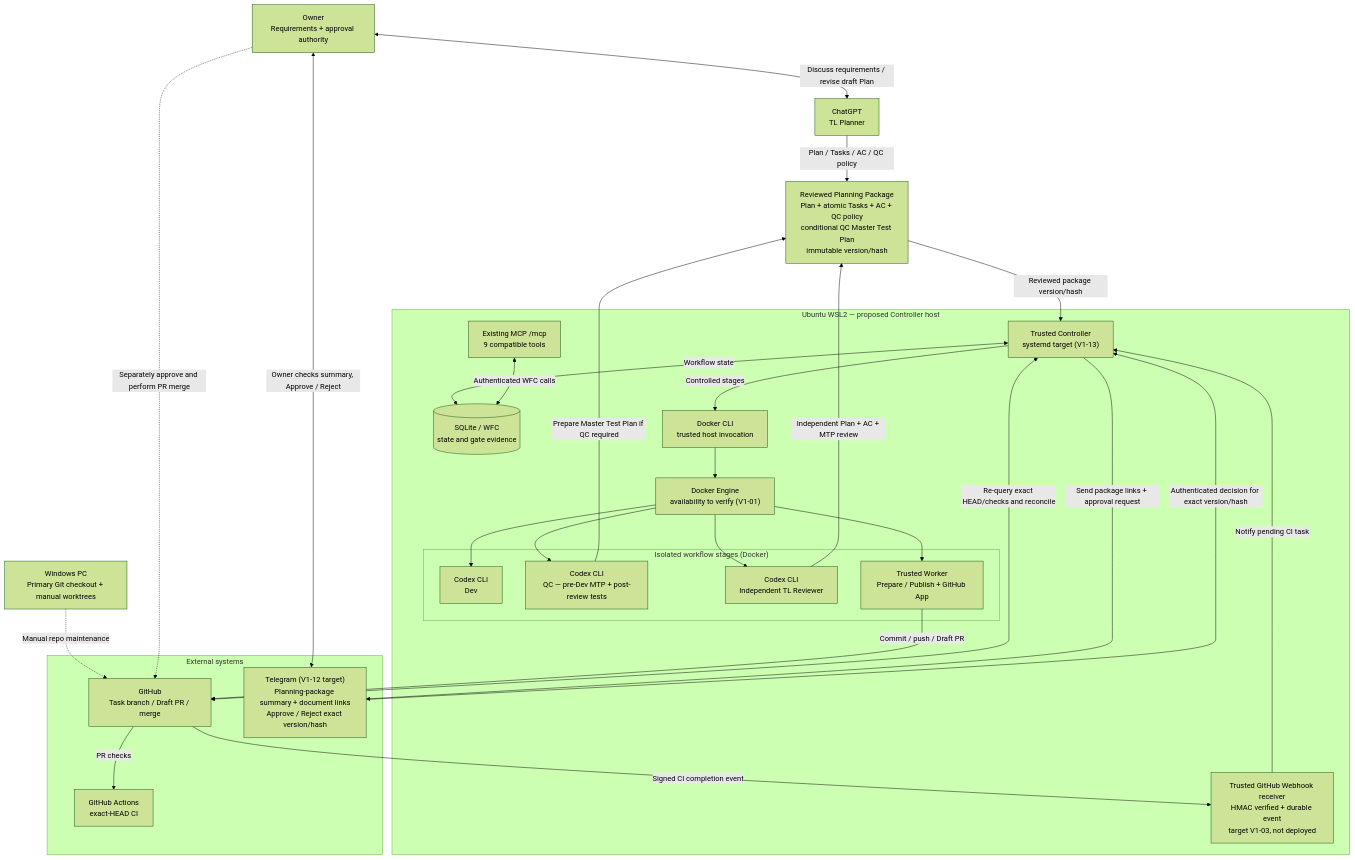
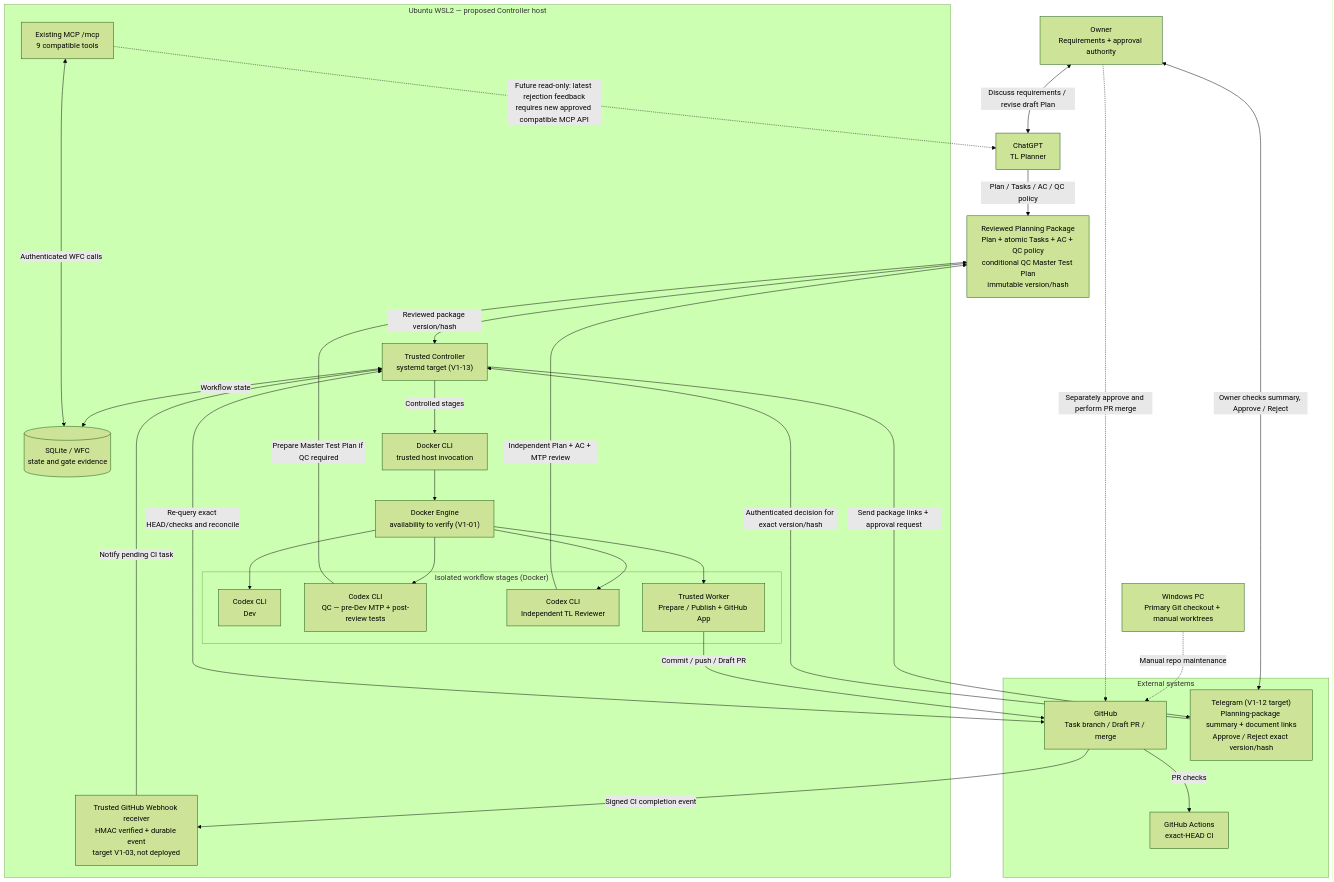
Before and after one commit to builacviet/agent-workflow: the first of 4 diagrams in docs/v1-visual-flows.md, drawn with Mermaid (forest theme). The commit also changed other lines of this file, not shown here.

Commit message:
docs(V1): define Owner Reject to same ChatGPT planning chat feedback retrieval loop

````diff
--- a/docs/v1-visual-flows.md
+++ b/docs/v1-visual-flows.md
@@ -11,53 +11,54 @@
 ```mermaid
 flowchart TB
   OWNER["Owner<br/>Requirements + approval authority"]
   PLANNER["ChatGPT<br/>TL Planner"]
   PKG["Reviewed Planning Package<br/>Plan + atomic Tasks + AC + QC policy<br/>conditional QC Master Test Plan<br/>immutable version/hash"]
   PC["Windows PC<br/>Primary Git checkout + manual worktrees"]
 
   subgraph UB["Ubuntu WSL2 — proposed Controller host"]
     CT["Trusted Controller<br/>systemd target (V1-13)"]
     DB[("SQLite / WFC<br/>state and gate evidence")]
     MCP["Existing MCP /mcp<br/>9 compatible tools"]
     HOOK["Trusted GitHub Webhook receiver<br/>HMAC verified + durable event<br/>target V1-03, not deployed"]
     DC["Docker CLI<br/>trusted host invocation"]
     ENG["Docker Engine<br/>availability to verify (V1-01)"]
 
     subgraph JOBS["Isolated workflow stages (Docker)"]
       DEV["Codex CLI<br/>Dev"]
       QC["Codex CLI<br/>QC — pre-Dev MTP + post-review tests"]
       REVIEW["Codex CLI<br/>Independent TL Reviewer"]
       WORKER["Trusted Worker<br/>Prepare / Publish + GitHub App"]
     end
   end
 
   subgraph SERVICES["External systems"]
     GH["GitHub<br/>Task branch / Draft PR / merge"]
     CI["GitHub Actions<br/>exact-HEAD CI"]
     TELE["Telegram (V1-12 target)<br/>Planning-package summary + document links<br/>Approve / Reject exact version/hash"]
   end
 
   OWNER <-->|"Discuss requirements / revise draft Plan"| PLANNER
   PLANNER -->|"Plan / Tasks / AC / QC policy"| PKG
   QC -->|"Prepare Master Test Plan if QC required"| PKG
   REVIEW -->|"Independent Plan + AC + MTP review"| PKG
   PKG -->|"Reviewed package version/hash"| CT
   PC -.->|"Manual repo maintenance"| GH
   CT <-->|"Workflow state"| DB
   MCP <-->|"Authenticated WFC calls"| DB
+  MCP -.->|"Future read-only: latest rejection feedback<br/>requires new approved compatible MCP API"| PLANNER
   CT -->|"Controlled stages"| DC
   DC --> ENG
   ENG --> DEV
   ENG --> QC
   ENG --> REVIEW
   ENG --> WORKER
   WORKER -->|"Commit / push / Draft PR"| GH
   GH -->|"PR checks"| CI
   GH -->|"Signed CI completion event"| HOOK
   HOOK -->|"Notify pending CI task"| CT
   CT <-->|"Re-query exact HEAD/checks and reconcile"| GH
   CT -->|"Send package links + approval request"| TELE
   TELE <-->|"Owner checks summary, Approve / Reject"| OWNER
   TELE -->|"Authenticated decision for exact version/hash"| CT
   OWNER -.->|"Separately approve and perform PR merge"| GH
 ```
````
